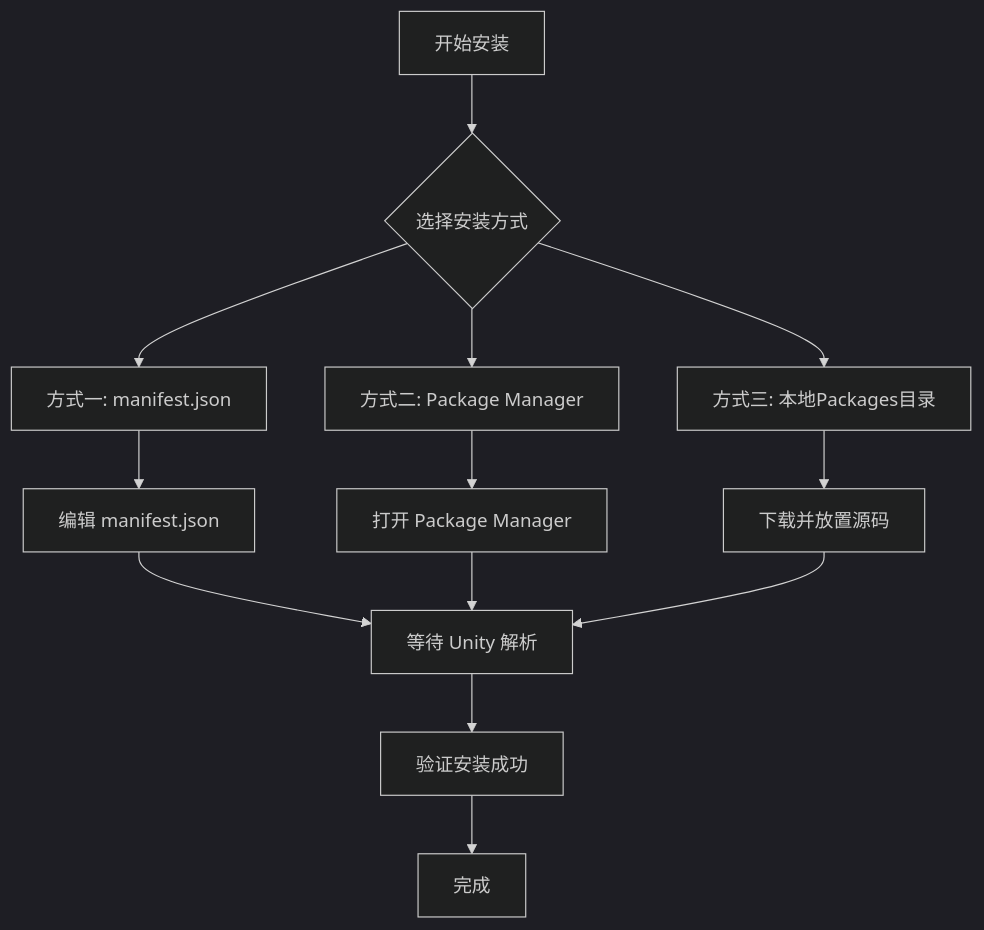
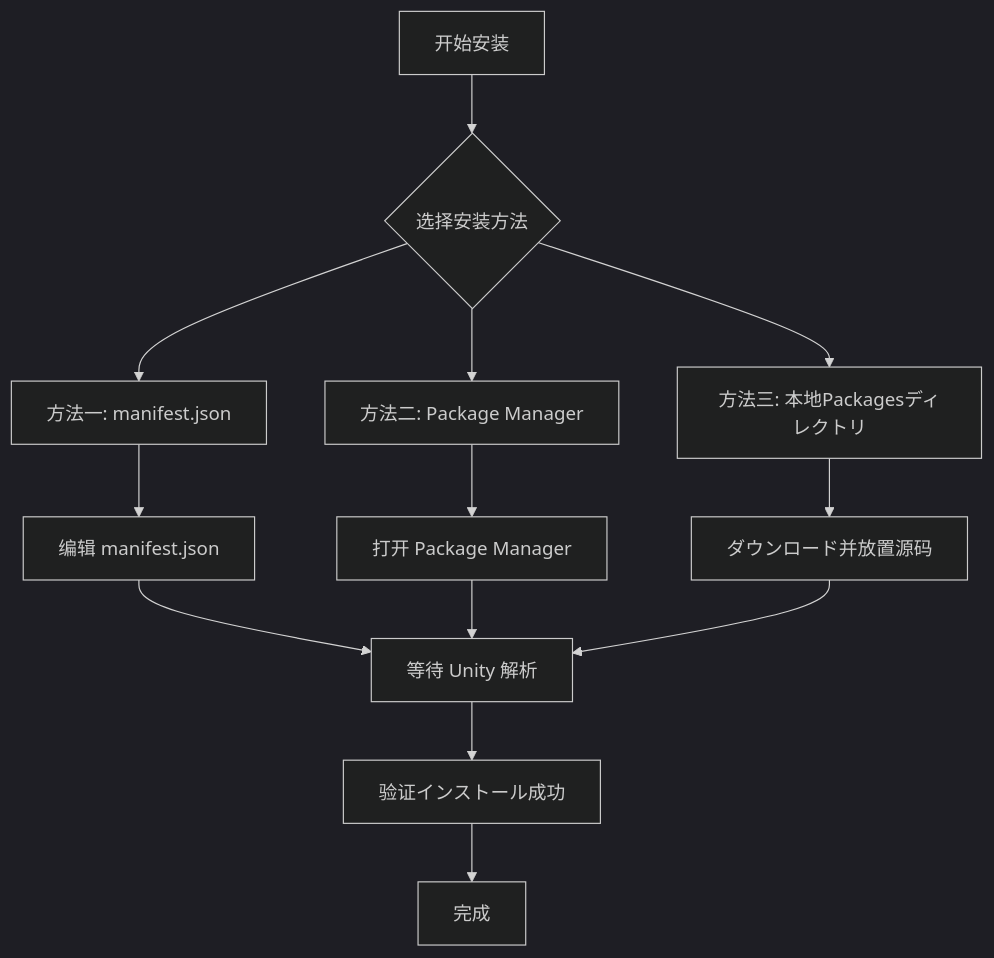
The diagram in docs/ja/client/unity/component/mono/02.installation.md (AlianBlank/GameFrameX.Docs), drawn with Mermaid (dark theme) before and after one commit. The commit also changed other lines of this file and 603 other files, not shown here.

````diff
--- a/docs/ja/client/unity/component/mono/02.installation.md
+++ b/docs/ja/client/unity/component/mono/02.installation.md
@@ -21,19 +21,19 @@
 ```mermaid
 flowchart TD
-    A[开始安装] --> B{选择安装方式}
+    A[开始安装] --> B{选择安装方法}
     
-    B --> C[方式一: manifest.json]
-    B --> D[方式二: Package Manager]
-    B --> E[方式三: 本地Packages目录]
+    B --> C[方法一: manifest.json]
+    B --> D[方法二: Package Manager]
+    B --> E[方法三: 本地Packagesディレクトリ]
     
     C --> F[编辑 manifest.json]
     D --> G[打开 Package Manager]
-    E --> H[下载并放置源码]
+    E --> H[ダウンロード并放置源码]
     
     F --> I[等待 Unity 解析]
     G --> I
     H --> I
     
-    I --> J[验证安装成功]
+    I --> J[验证インストール成功]
     J --> K[完成]
 ```
````
